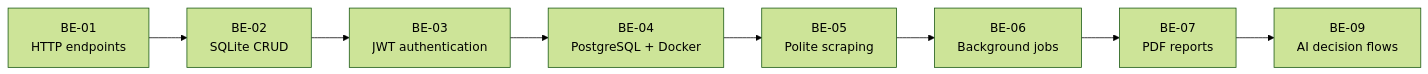
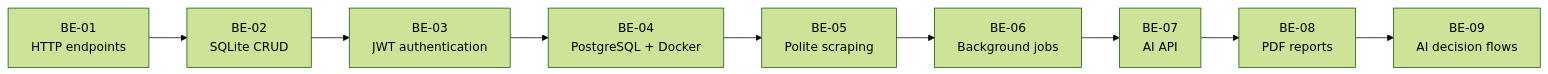
The diagram in README.md (bilgenurpala/flyrank-internship), drawn with Mermaid (forest theme) before and after one commit. The commit also changed other lines of this file and 24 other files, not shown here.

````diff
--- a/README.md
+++ b/README.md
@@ -26,10 +27,11 @@
 ```mermaid
 flowchart LR
     A["BE-01<br/>HTTP endpoints"] --> B["BE-02<br/>SQLite CRUD"]
     B --> C["BE-03<br/>JWT authentication"]
     C --> D["BE-04<br/>PostgreSQL + Docker"]
     D --> E["BE-05<br/>Polite scraping"]
     E --> F["BE-06<br/>Background jobs"]
-    F --> G["BE-07<br/>PDF reports"]
-    G --> H["BE-09<br/>AI decision flows"]
+    F --> G["BE-07<br/>AI API"]
+    G --> H["BE-08<br/>PDF reports"]
+    H --> I["BE-09<br/>AI decision flows"]
 ```
````
